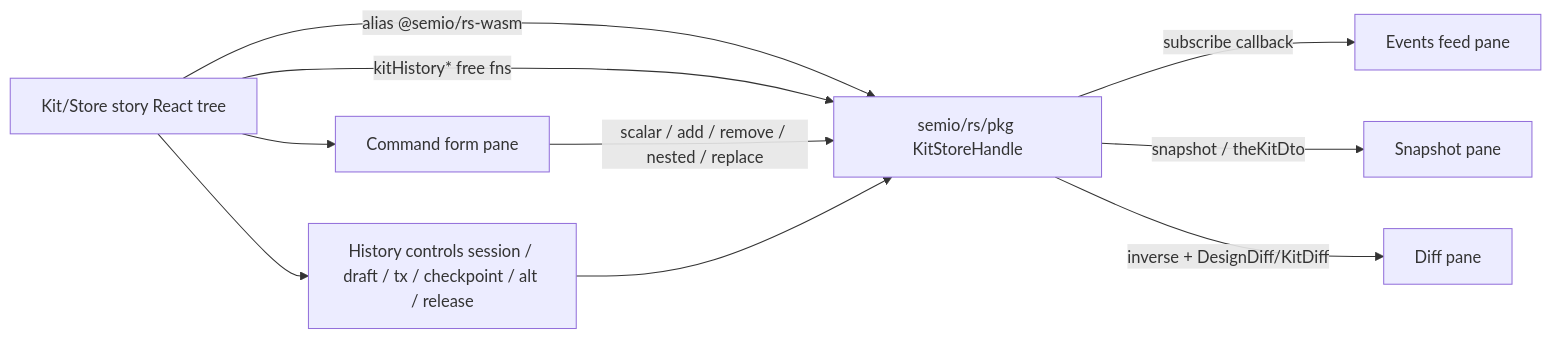
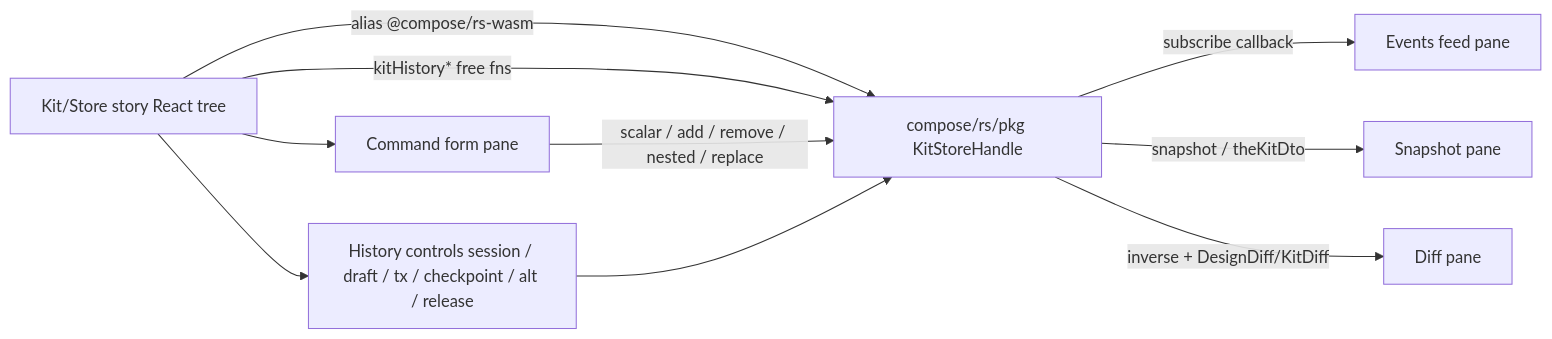
One commit to usalu/semio changed the diagram in .repo/🎫/26/04/23/KIT-STORE-GIT-KRAKEN-STYLE-HISTORY-WINDOW/kit_store_story_0a521ca8.plan.md. Above: the diagram before and after it, drawn with Mermaid. The commit also changed other lines of this file and 7735 other files, not shown here.

````diff
--- a/.repo/🎫/26/04/23/KIT-STORE-GIT-KRAKEN-STYLE-HISTORY-WINDOW/kit_store_story_0a521ca8.plan.md
+++ b/.repo/🎫/26/04/23/KIT-STORE-GIT-KRAKEN-STYLE-HISTORY-WINDOW/kit_store_story_0a521ca8.plan.md
@@ -35,12 +35,12 @@
 ```mermaid
 graph LR
-  UI[Kit/Store story React tree] -->|alias @semio/rs-wasm| WASM[semio/rs/pkg KitStoreHandle]
+  UI[Kit/Store story React tree] -->|alias @compose/rs-wasm| WASM[compose/rs/pkg KitStoreHandle]
   UI -->|kitHistory* free fns| WASM
   WASM -->|subscribe callback| Events[Events feed pane]
   UI --> CmdForm[Command form pane]
   CmdForm -->|scalar / add / remove / nested / replace| WASM
   WASM -->|snapshot / theKitDto| Snap[Snapshot pane]
   WASM -->|inverse + DesignDiff/KitDiff| Diff[Diff pane]
   UI --> Hist[History controls session / draft / tx / checkpoint / alt / release]
   Hist --> WASM
 ```
````
